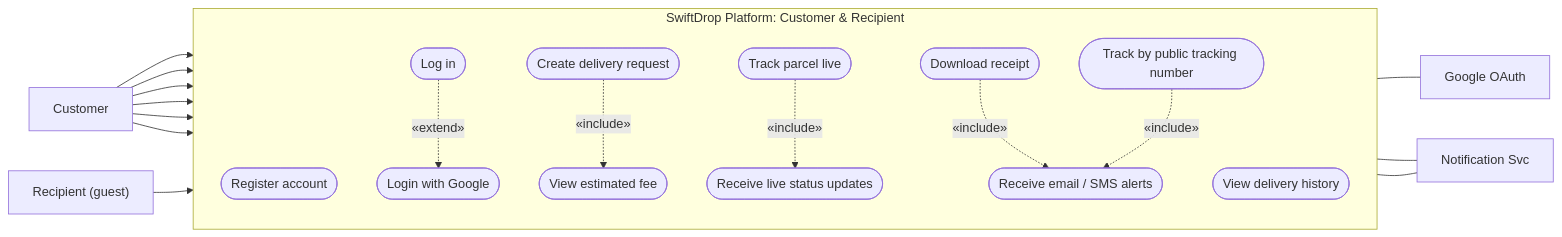
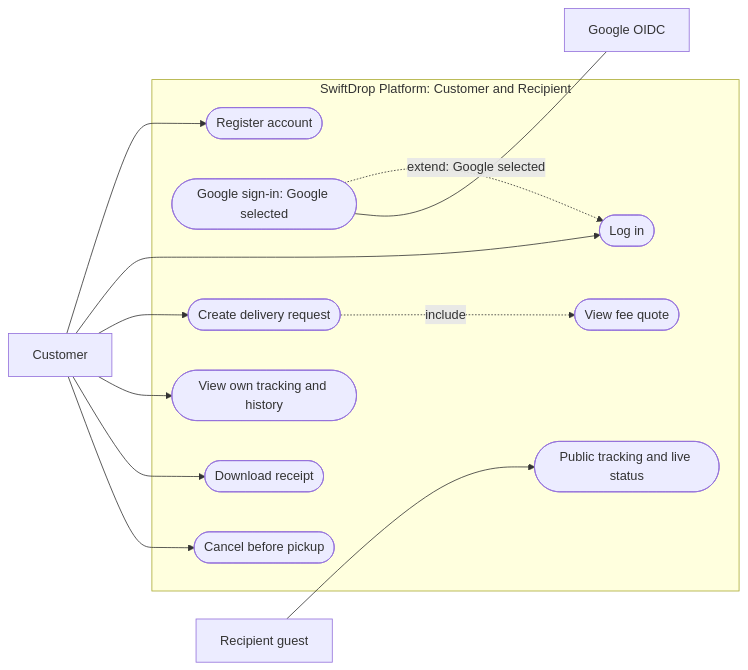
Before and after one commit to doktur-umair/swiftdrop: the first of 16 diagrams in SWIFTDROP_DESIGN_DOCUMENTATION.md, drawn with Mermaid. The commit also changed other lines of this file and 88 other files, not shown here.

````diff
--- a/SWIFTDROP_DESIGN_DOCUMENTATION.md
+++ b/SWIFTDROP_DESIGN_DOCUMENTATION.md
@@ -182,40 +187,27 @@
 ```mermaid
 flowchart LR
     Customer["Customer"]
-    Recipient["Recipient (guest)"]
-    GoogleAuth["Google OAuth"]
-    NotifSvc["Notification Svc"]
-
-    subgraph Platform["SwiftDrop Platform: Customer & Recipient"]
-        direction TB
+    Recipient["Recipient guest"]
+    GoogleAuth["Google OIDC"]
+    subgraph Platform["SwiftDrop Platform: Customer and Recipient"]
         UC_Reg(["Register account"])
         UC_Login(["Log in"])
-        UC_Google(["Login with Google"])
+        UC_Google(["Google sign-in: Google selected"])
         UC_Create(["Create delivery request"])
-        UC_EstFee(["View estimated fee"])
-        UC_Track(["Track parcel live"])
-        UC_LiveStatus(["Receive live status updates"])
-        UC_Hist(["View delivery history"])
+        UC_EstFee(["View fee quote"])
+        UC_Track(["View own tracking and history"])
         UC_Receipt(["Download receipt"])
-        UC_Alerts(["Receive email / SMS alerts"])
-        UC_PublicTrack(["Track by public tracking number"])
+        UC_Cancel(["Cancel before pickup"])
+        UC_PublicTrack(["Public tracking and live status"])
     end
-
     Customer --> UC_Reg
     Customer --> UC_Login
     Customer --> UC_Create
     Customer --> UC_Track
-    Customer --> UC_Hist
     Customer --> UC_Receipt
+    Customer --> UC_Cancel
     Recipient --> UC_PublicTrack
-
-    UC_Login -.->|«extend»| UC_Google
-    UC_Create -.->|«include»| UC_EstFee
-    UC_Track -.->|«include»| UC_LiveStatus
-    UC_Receipt -.->|«include»| UC_Alerts
-    UC_PublicTrack -.->|«include»| UC_Alerts
-
+    UC_Google -.->|"extend: Google selected"| UC_Login
+    UC_Create -.->|"include"| UC_EstFee
     UC_Google --- GoogleAuth
-    UC_LiveStatus --- NotifSvc
-    UC_Alerts --- NotifSvc
 ```
````
